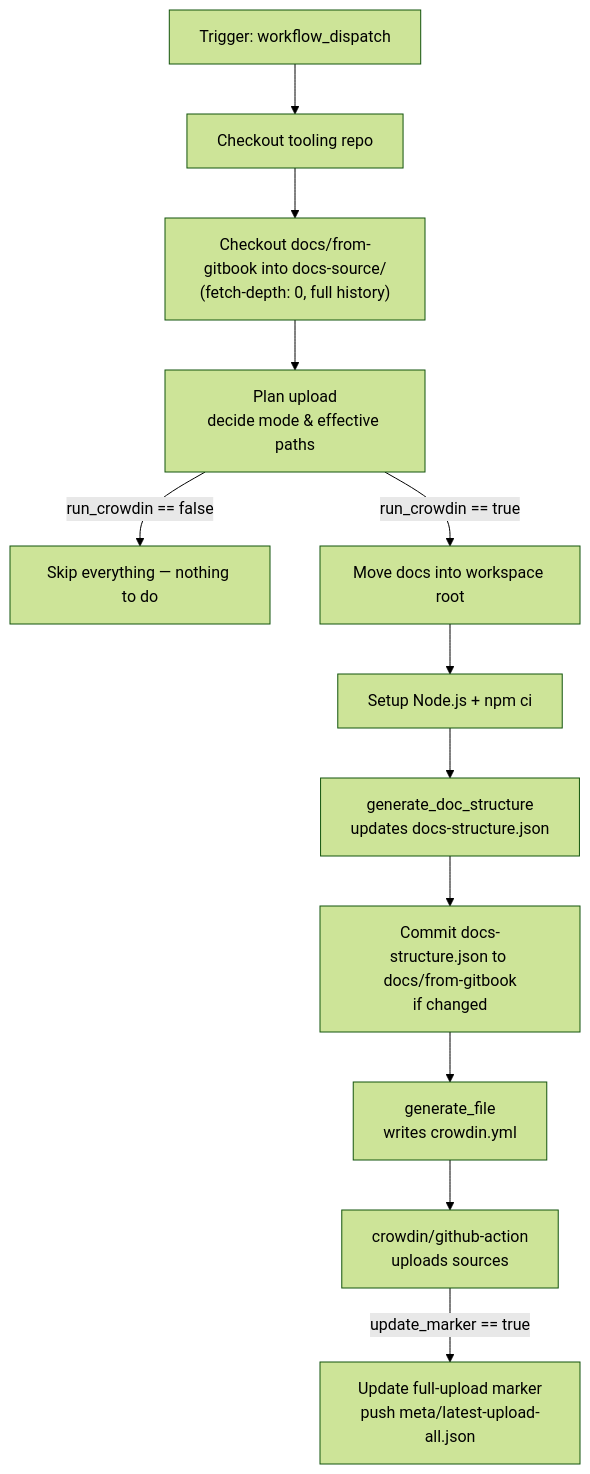
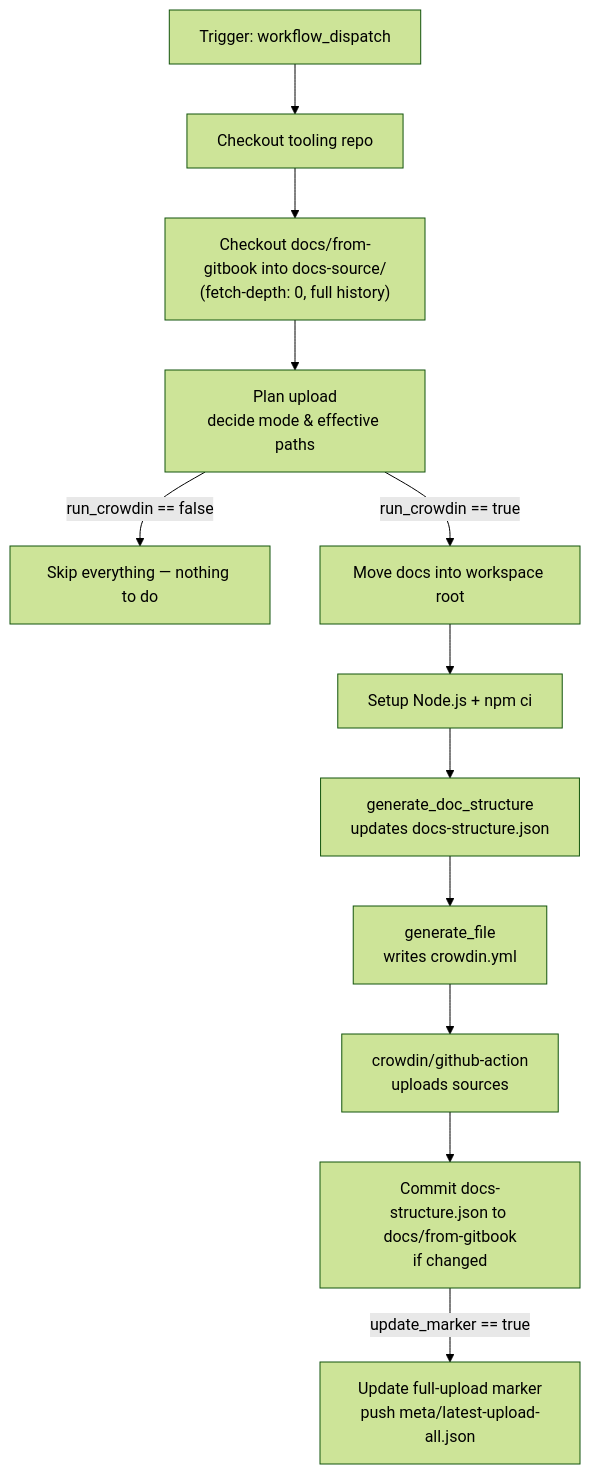
Before and after one commit to pagopa/devportal-docs: the first of 6 diagrams in upload_sources_to_crowdin_workflow.md, drawn with Mermaid (forest theme). The commit also changed other lines of this file and 2 other files, not shown here.

Commit message:
Refactor commit logic for docs structure manifest to occur only after successful Crowdin upload, ensuring branch consistency

````diff
--- a/upload_sources_to_crowdin_workflow.md
+++ b/upload_sources_to_crowdin_workflow.md
@@ -16,14 +16,14 @@
 ```mermaid
 flowchart TD
     A[Trigger: workflow_dispatch] --> B[Checkout tooling repo]
     B --> C["Checkout docs/from-gitbook into docs-source/<br/>(fetch-depth: 0, full history)"]
     C --> P[Plan upload<br/>decide mode & effective paths]
     P -->|run_crowdin == false| Z[Skip everything — nothing to do]
     P -->|run_crowdin == true| D[Move docs into workspace root]
     D --> E[Setup Node.js + npm ci]
     E --> F[generate_doc_structure<br/>updates docs-structure.json]
-    F --> G[Commit docs-structure.json to docs/from-gitbook<br/>if changed]
-    G --> H[generate_file<br/>writes crowdin.yml]
+    F --> H[generate_file<br/>writes crowdin.yml]
     H --> I["crowdin/github-action<br/>uploads sources"]
-    I -->|update_marker == true| J[Update full-upload marker<br/>push meta/latest-upload-all.json]
+    I --> G[Commit docs-structure.json to docs/from-gitbook<br/>if changed]
+    G -->|update_marker == true| J[Update full-upload marker<br/>push meta/latest-upload-all.json]
 ```
````
